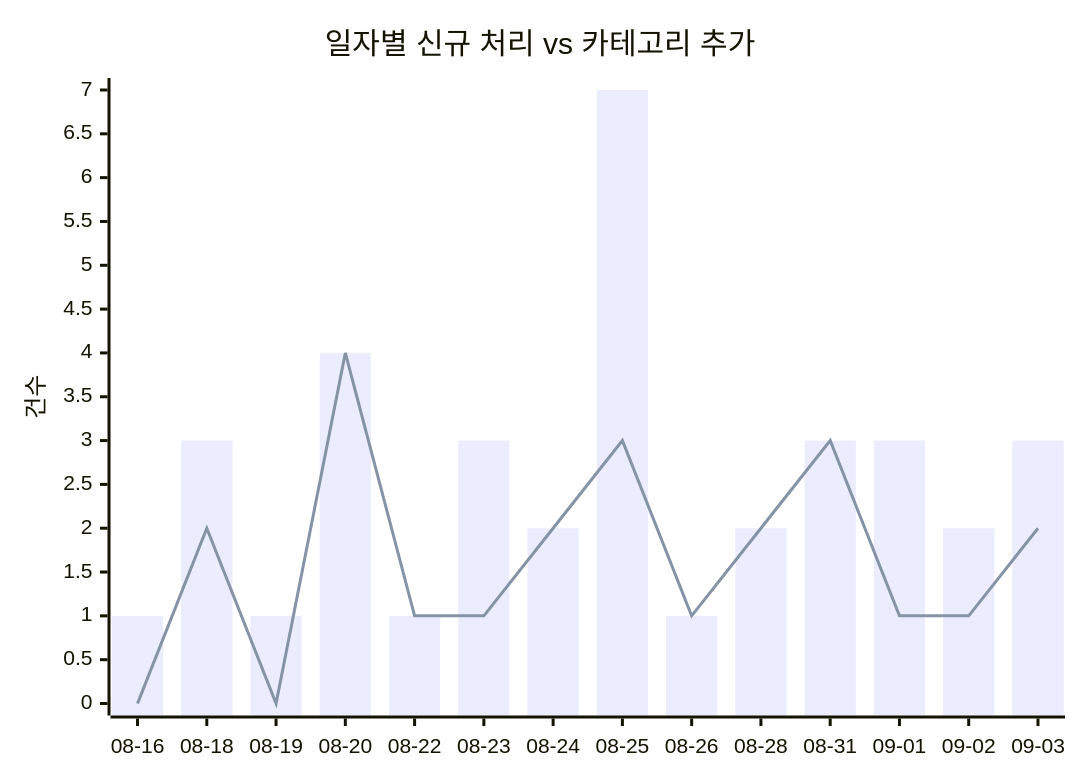
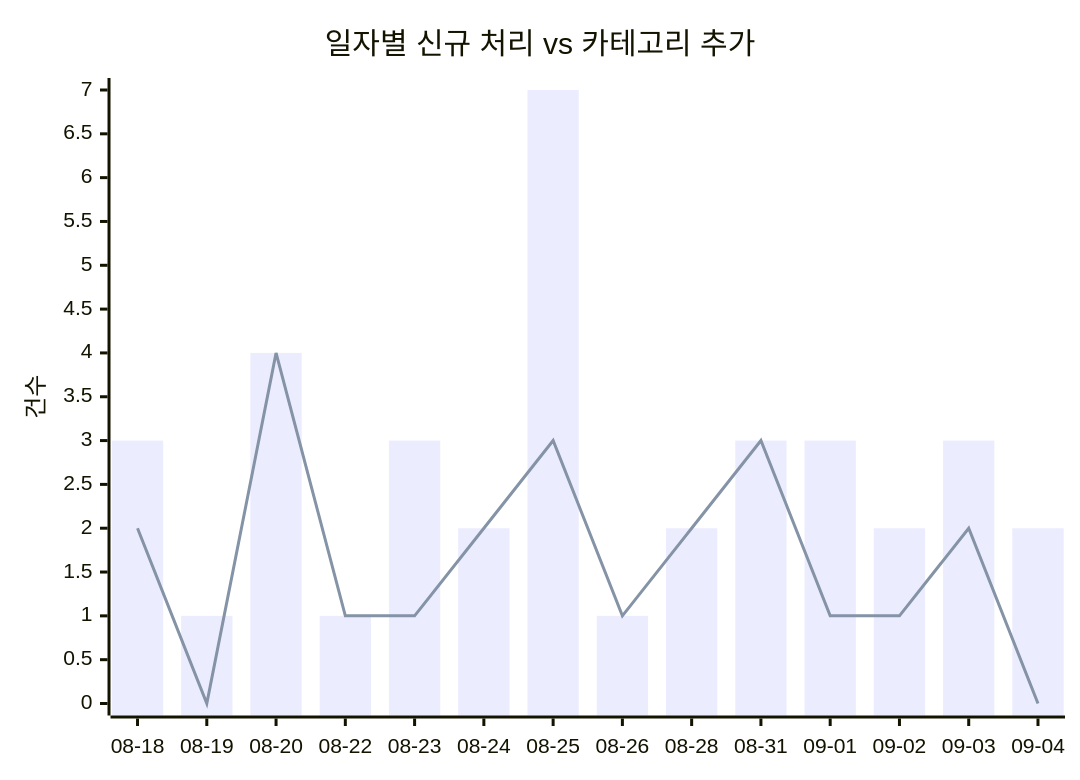
Before and after one commit to J-nowcow/awesome-korean-agent-skills: the first of 2 diagrams in docs/trends.md, drawn with Mermaid. The commit also changed other lines of this file and 2 other files, not shown here.

````diff
--- a/docs/trends.md
+++ b/docs/trends.md
@@ -32,8 +32,8 @@
 ```mermaid
 xychart-beta
     title "일자별 신규 처리 vs 카테고리 추가"
-    x-axis ["08-16","08-18","08-19","08-20","08-22","08-23","08-24","08-25","08-26","08-28","08-31","09-01","09-02","09-03"]
+    x-axis ["08-18","08-19","08-20","08-22","08-23","08-24","08-25","08-26","08-28","08-31","09-01","09-02","09-03","09-04"]
     y-axis "건수"
-    bar [1,3,1,4,1,3,2,7,1,2,3,3,2,3]
-    line [0,2,0,4,1,1,2,3,1,2,3,1,1,2]
+    bar [3,1,4,1,3,2,7,1,2,3,3,2,3,2]
+    line [2,0,4,1,1,2,3,1,2,3,1,1,2,0]
 ```
````
